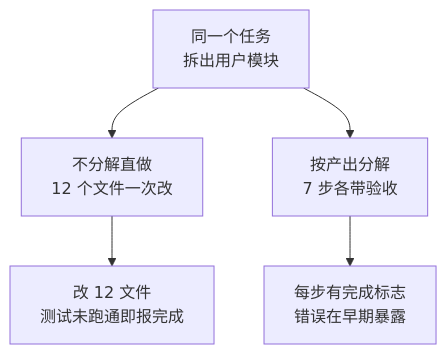
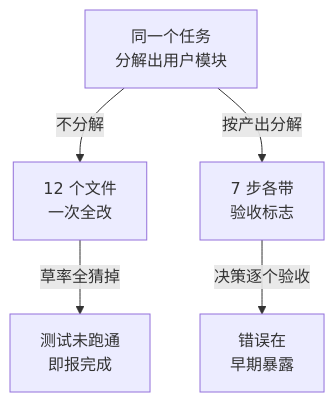
The first of 2 diagrams in vault/工程知识/AI 系统工程：从模型能力到生产能力/Agent与工作流/任务分解的质量决定Agent的上限.md (hub138/technical-knowledge), drawn with Mermaid before and after one commit. The commit also changed other lines of this file and 622 other files, not shown here.

````diff
--- a/vault/工程知识/AI 系统工程：从模型能力到生产能力/Agent与工作流/任务分解的质量决定Agent的上限.md
+++ b/vault/工程知识/AI 系统工程：从模型能力到生产能力/Agent与工作流/任务分解的质量决定Agent的上限.md
@@ -39,7 +48,7 @@
 ```mermaid
-flowchart TB
-    a["同一个任务<br/>拆出用户模块"] --> b1["不分解直做<br/>12 个文件一次改"]
-    a --> b2["按产出分解<br/>7 步各带验收"]
-    b1 --> c1["改 12 文件<br/>测试未跑通即报完成"]
-    b2 --> c2["每步有完成标志<br/>错误在早期暴露"]
+flowchart TD
+    a["同一个任务<br/>分解出用户模块"] -->|不分解| b1["12 个文件<br/>一次全改"]
+    a -->|按产出分解| b2["7 步各带<br/>验收标志"]
+    b1 -->|草率全猜掉| c1["测试未跑通<br/>即报完成"]
+    b2 -->|决策逐个验收| c2["错误在<br/>早期暴露"]
 ```
````
